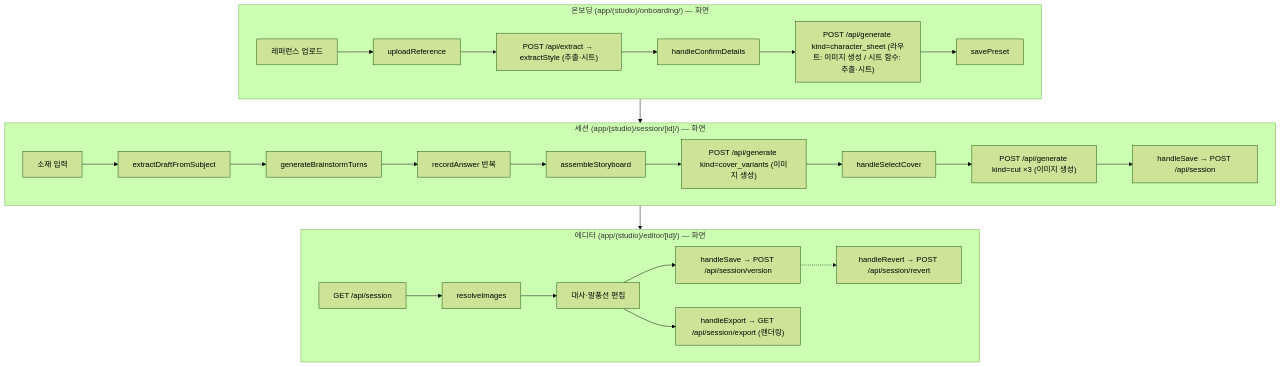
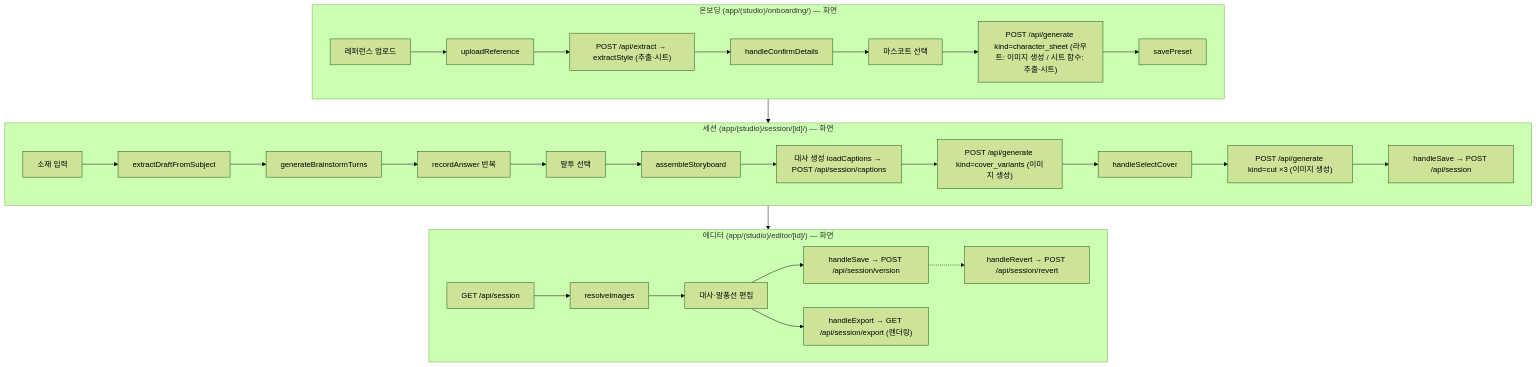
Before and after one commit to chictimin/cuttoon-copilot: the diagram in docs/pipeline.md, drawn with Mermaid (forest theme). The commit also changed other lines of this file and 1 other file, not shown here.

````diff
--- a/docs/pipeline.md
+++ b/docs/pipeline.md
@@ -9,31 +13,34 @@
 ```mermaid
 flowchart TD
   subgraph 온보딩["온보딩 (app/(studio)/onboarding/) — 화면"]
     U1[레퍼런스 업로드] --> A1[uploadReference]
     A1 --> A2["POST /api/extract → extractStyle (추출·시트)"]
     A2 --> A3[handleConfirmDetails]
-    A3 --> A4["POST /api/generate kind=character_sheet (라우트: 이미지 생성 / 시트 함수: 추출·시트)"]
+    A3 --> A3m[마스코트 선택]
+    A3m --> A4["POST /api/generate kind=character_sheet (라우트: 이미지 생성 / 시트 함수: 추출·시트)"]
     A4 --> A5[savePreset]
   end
 
   subgraph 세션["세션 (app/(studio)/session/[id]/) — 화면"]
     B1[소재 입력] --> B2[extractDraftFromSubject]
     B2 --> B3[generateBrainstormTurns]
     B3 --> B4[recordAnswer 반복]
-    B4 --> B5[assembleStoryboard]
-    B5 --> B6["POST /api/generate kind=cover_variants (이미지 생성)"]
+    B4 --> B4t[말투 선택]
+    B4t --> B5[assembleStoryboard]
+    B5 --> B5c["대사 생성 loadCaptions → POST /api/session/captions"]
+    B5c --> B6["POST /api/generate kind=cover_variants (이미지 생성)"]
     B6 --> B7[handleSelectCover]
     B7 --> B8["POST /api/generate kind=cut ×3 (이미지 생성)"]
     B8 --> B9[handleSave → POST /api/session]
   end
 
   subgraph 에디터["에디터 (app/(studio)/editor/[id]/) — 화면"]
     C1[GET /api/session] --> C2[resolveImages]
     C2 --> C3[대사·말풍선 편집]
     C3 --> C4[handleSave → POST /api/session/version]
     C4 -.-> C5[handleRevert → POST /api/session/revert]
     C3 --> C6["handleExport → GET /api/session/export (렌더링)"]
   end
 
   온보딩 --> 세션 --> 에디터
 ```
````
